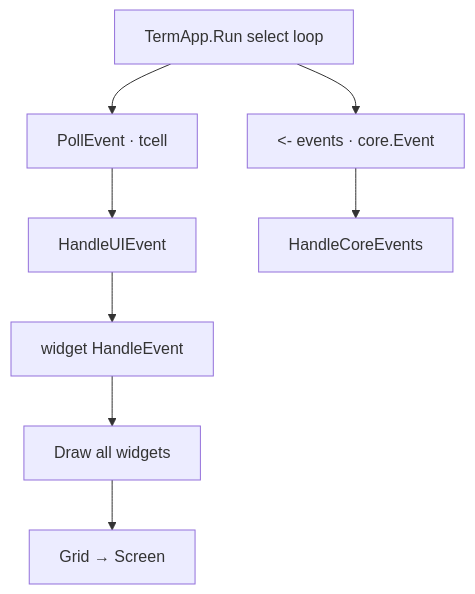
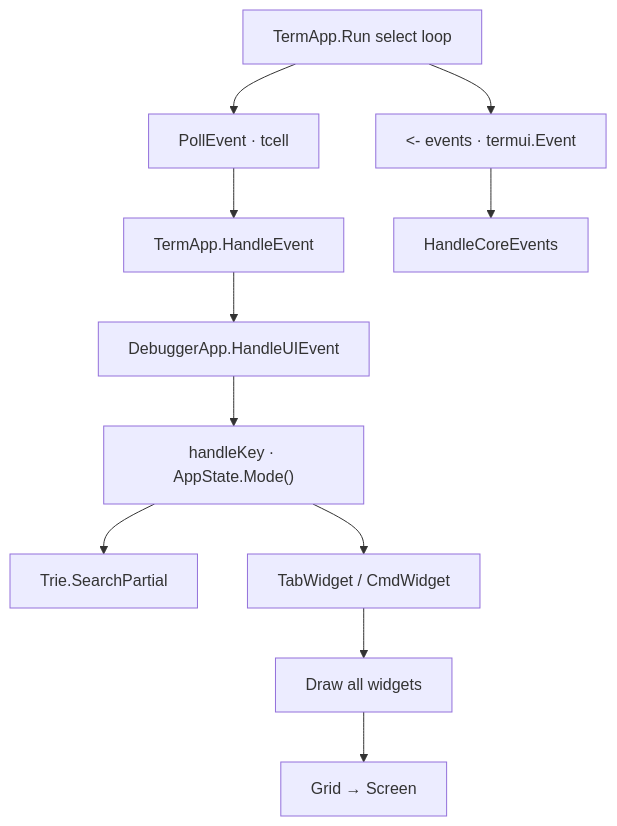
The sixth of 7 diagrams in docs/UI_ARCHITECTURE.md (yairgd/gdbforge), drawn with Mermaid before and after one commit. The commit also changed other lines of this file and 18 other files, not shown here.

````diff
--- a/docs/UI_ARCHITECTURE.md
+++ b/docs/UI_ARCHITECTURE.md
@@ -342,16 +373,21 @@
 ```mermaid
 flowchart TB
     Select["TermApp.Run select loop"]
     Poll["PollEvent · tcell"]
-    Bus["<- events · core.Event"]
-    UI["HandleUIEvent"]
-    Widgets["widget HandleEvent"]
+    Bus["<- events · termui.Event"]
+    TermHandler["TermApp.HandleEvent"]
+    UI["DebuggerApp.HandleUIEvent"]
+    Router["handleKey · AppState.Mode()"]
+    Trie["Trie.SearchPartial"]
+    Widgets["TabWidget / CmdWidget"]
     Core["HandleCoreEvents"]
     Draw["Draw all widgets"]
     Flush["Grid → Screen"]
 
     Select --> Poll
     Select --> Bus
-    Poll --> UI --> Widgets --> Draw --> Flush
+    Poll --> TermHandler --> UI --> Router
+    Router --> Trie
+    Router --> Widgets --> Draw --> Flush
     Bus --> Core
 ```
````
